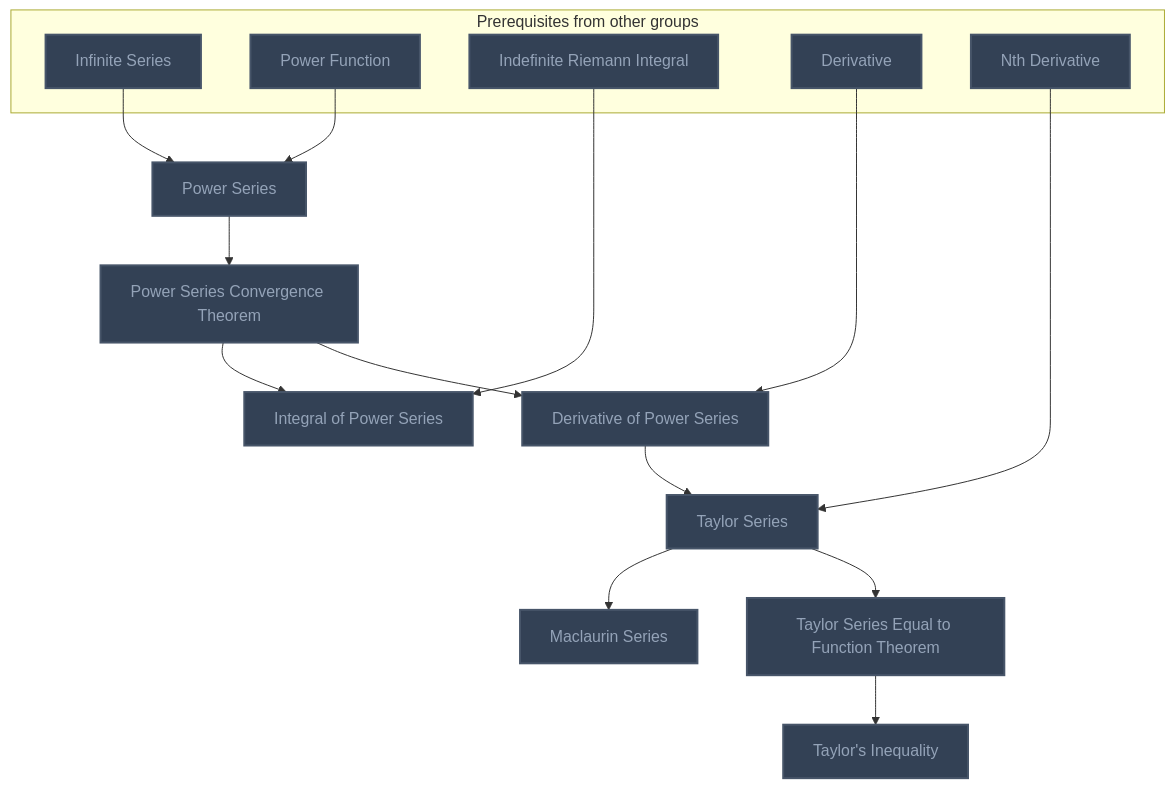
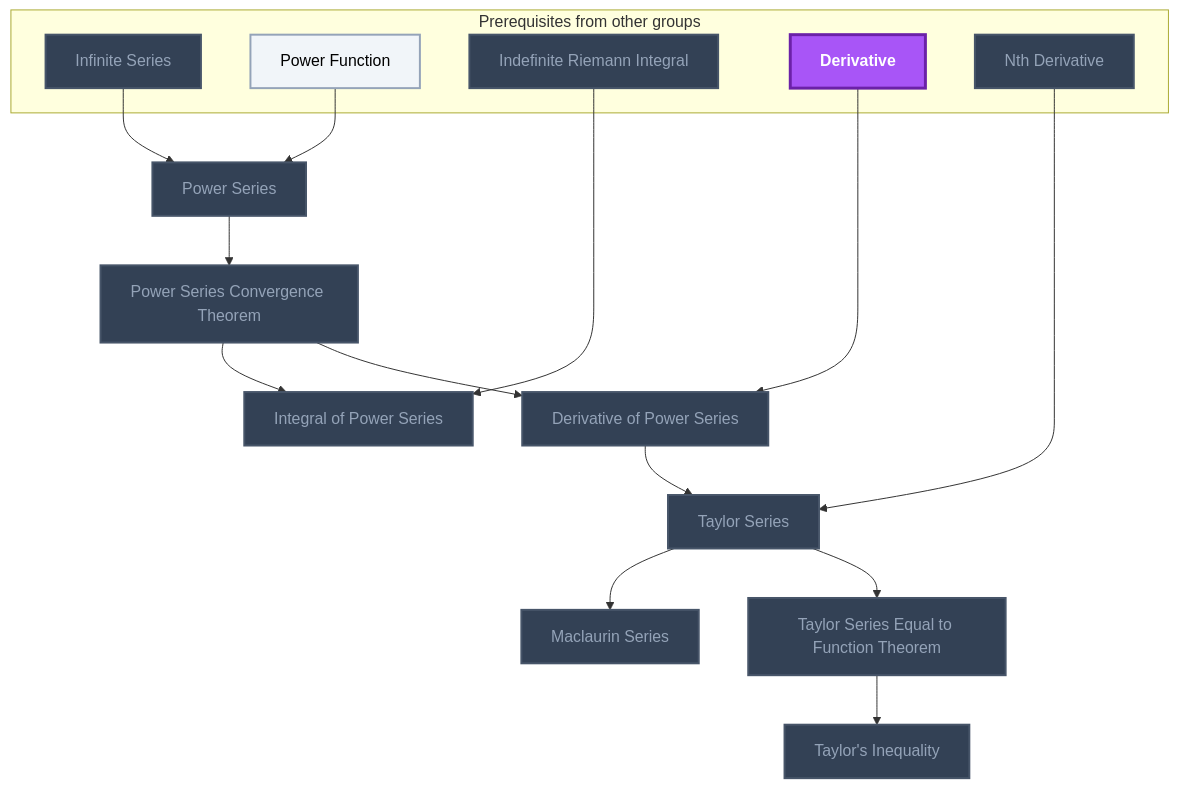
The eighth of 12 diagrams in Gamification/Skill Trees/Calculus.md (MRauf1/My-Notes), drawn with Mermaid before and after one commit. The commit also changed other lines of this file and 156 other files, not shown here.

````diff
--- a/Gamification/Skill Trees/Calculus.md
+++ b/Gamification/Skill Trees/Calculus.md
@@ -637,41 +656,43 @@
 ```mermaid
 flowchart TD
     classDef planned fill:#1E293B,stroke:#64748B,stroke-width:2px,stroke-dasharray:5 5,color:#94A3B8;
     classDef locked fill:#334155,stroke:#475569,stroke-width:2px,color:#94A3B8;
     classDef L0 fill:#F1F5F9,stroke:#94A3B8,stroke-width:2px,color:#000000;
     classDef L1 fill:#22C55E,stroke:#15803D,stroke-width:2px,color:#000000;
     classDef L2 fill:#3B82F6,stroke:#1D4ED8,stroke-width:3px,color:#FFFFFF;
     classDef L3 fill:#A855F7,stroke:#6B21A8,stroke-width:3px,color:#FFFFFF,font-weight:bold;
     classDef L4 fill:#F97316,stroke:#C2410C,stroke-width:4px,color:#000000,font-weight:bold;
     classDef L5 fill:#FFD700,stroke:#FF8C00,stroke-width:5px,color:#000000,font-weight:bold;
     classDef rusty stroke:#8B4513,stroke-width:4px,stroke-dasharray:3 3;
     subgraph sg_prereqs["Prerequisites from other groups"]
         n_infinite_series["Infinite Series"]
         n_power_function["Power Function"]
         n_indefinite_riemann_integral["Indefinite Riemann Integral"]
         n_derivative["Derivative"]
         n_nth_derivative["Nth Derivative"]
     end
     n_power_series["Power Series"]
     n_power_series_convergence_theorem["Power Series Convergence Theorem"]
     n_integral_of_power_series["Integral of Power Series"]
     n_derivative_of_power_series["Derivative of Power Series"]
     n_maclaurin_series["Maclaurin Series"]
     n_taylor_series["Taylor Series"]
     n_taylor_series_equal_to_function_theorem["Taylor Series Equal to Function Theorem"]
     n_taylor_s_inequality["Taylor's Inequality"]
     n_infinite_series --> n_power_series
     n_power_function --> n_power_series
     n_power_series --> n_power_series_convergence_theorem
     n_indefinite_riemann_integral --> n_integral_of_power_series
     n_power_series_convergence_theorem --> n_integral_of_power_series
     n_derivative --> n_derivative_of_power_series
     n_power_series_convergence_theorem --> n_derivative_of_power_series
     n_taylor_series --> n_maclaurin_series
     n_nth_derivative --> n_taylor_series
     n_derivative_of_power_series --> n_taylor_series
     n_taylor_series --> n_taylor_series_equal_to_function_theorem
     n_taylor_series_equal_to_function_theorem --> n_taylor_s_inequality
-    class n_infinite_series,n_power_function,n_indefinite_riemann_integral,n_derivative,n_nth_derivative,n_power_series,n_power_series_convergence_theorem,n_integral_of_power_series,n_derivative_of_power_series,n_maclaurin_series,n_taylor_series,n_taylor_series_equal_to_function_theorem,n_taylor_s_inequality locked;
+    class n_infinite_series,n_indefinite_riemann_integral,n_nth_derivative,n_power_series,n_power_series_convergence_theorem,n_integral_of_power_series,n_derivative_of_power_series,n_maclaurin_series,n_taylor_series,n_taylor_series_equal_to_function_theorem,n_taylor_s_inequality locked;
+    class n_power_function L0;
+    class n_derivative L3;
     class n_infinite_series,n_power_function,n_indefinite_riemann_integral,n_derivative,n_nth_derivative,n_power_series,n_power_series_convergence_theorem,n_integral_of_power_series,n_derivative_of_power_series,n_maclaurin_series,n_taylor_series,n_taylor_series_equal_to_function_theorem,n_taylor_s_inequality internal-link;
 ```
````
